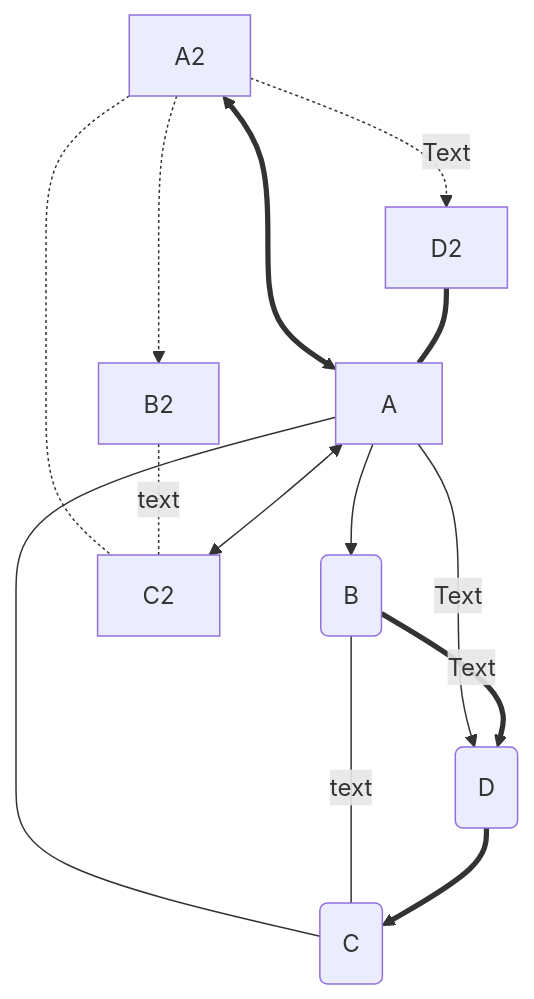
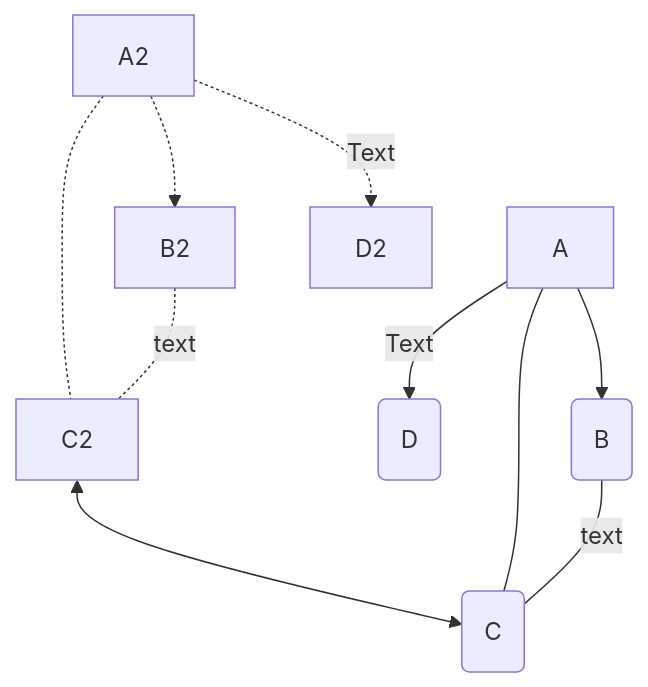
One commit to KAITAKU88/FullStackDev changed diagram 15 of 15 in fullroadmap/Day74-PseudocodeDiagramMermaid.md. Above: the diagram before and after it, drawn with Mermaid. The commit also changed other lines of this file, not shown here.

Commit message:
Edit Day74-Pseudocode

````diff
--- a/fullroadmap/Day74-PseudocodeDiagramMermaid.md
+++ b/fullroadmap/Day74-PseudocodeDiagramMermaid.md
@@ -214,27 +214,23 @@
 ```mermaid  
     flowchart TD
     %% Nodes 
         A[A]
         B(B)
         C(C)
         D(D)
         A2[A2]
         B2[B2]
         C2[C2]
         D2[D2]
     %% Connections 
         A-->B          
         A2-.->B2
+        C2<-->C
         A---C
         A2-.-C2
         B--text---C 
         B2-.text.-C2
         A-->|Text|D
         A2-.Text.->D2 
-        D==>C 
-        B==Text==>D
-        A2<==>A
-        A<-->C2
-        D2===A
 
 ```
````
